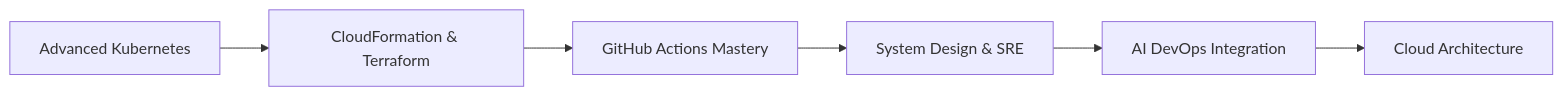
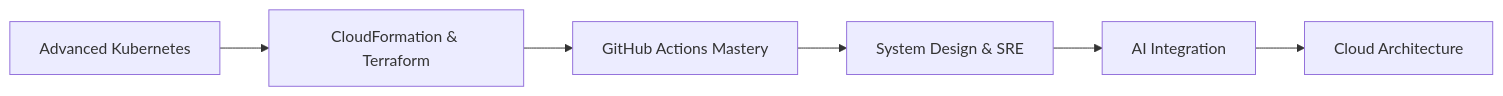
One commit to ai-aadi-ops/ai-aadi-ops changed the diagram in README.md. Above: the diagram before and after it, drawn with Mermaid. The commit also changed other lines of this file, not shown here.

````diff
--- a/README.md
+++ b/README.md
@@ -216,8 +220,8 @@
 ```mermaid
 graph LR
     A[Advanced Kubernetes] --> B[CloudFormation & Terraform]
     B --> C[GitHub Actions Mastery]
     C --> D[System Design & SRE]
-    D --> E[AI DevOps Integration]
+    D --> E[AI Integration]
     E --> F[Cloud Architecture]
 ```
````
